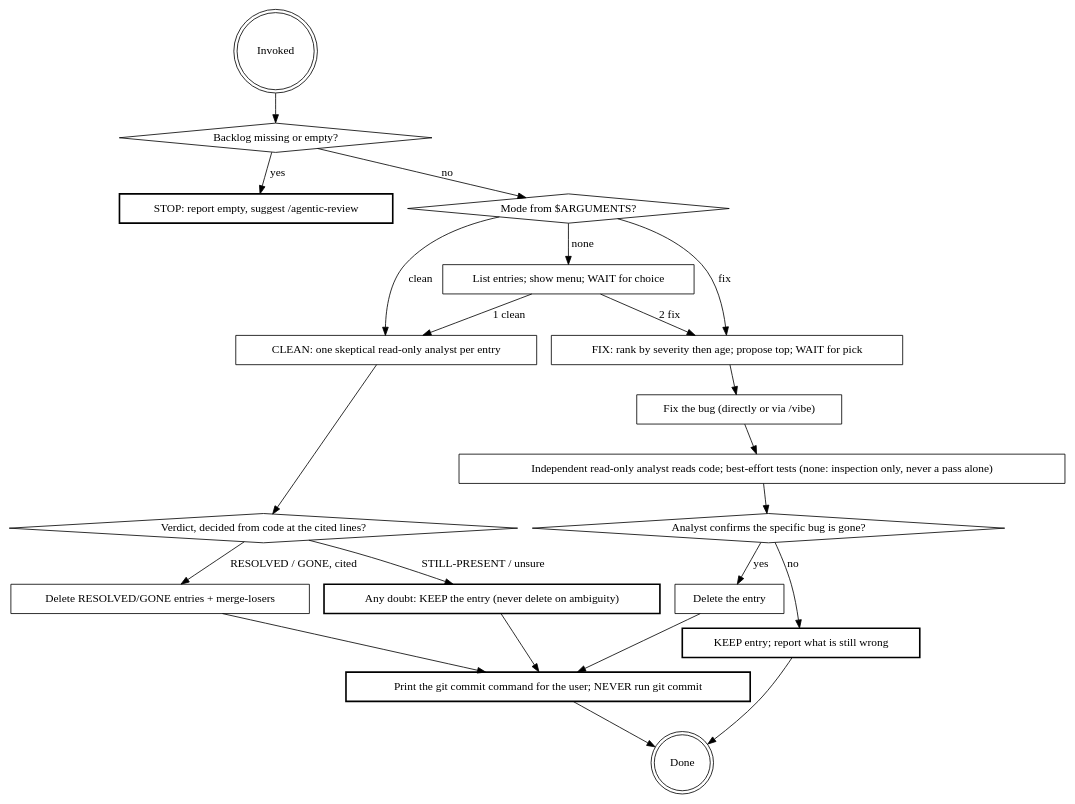
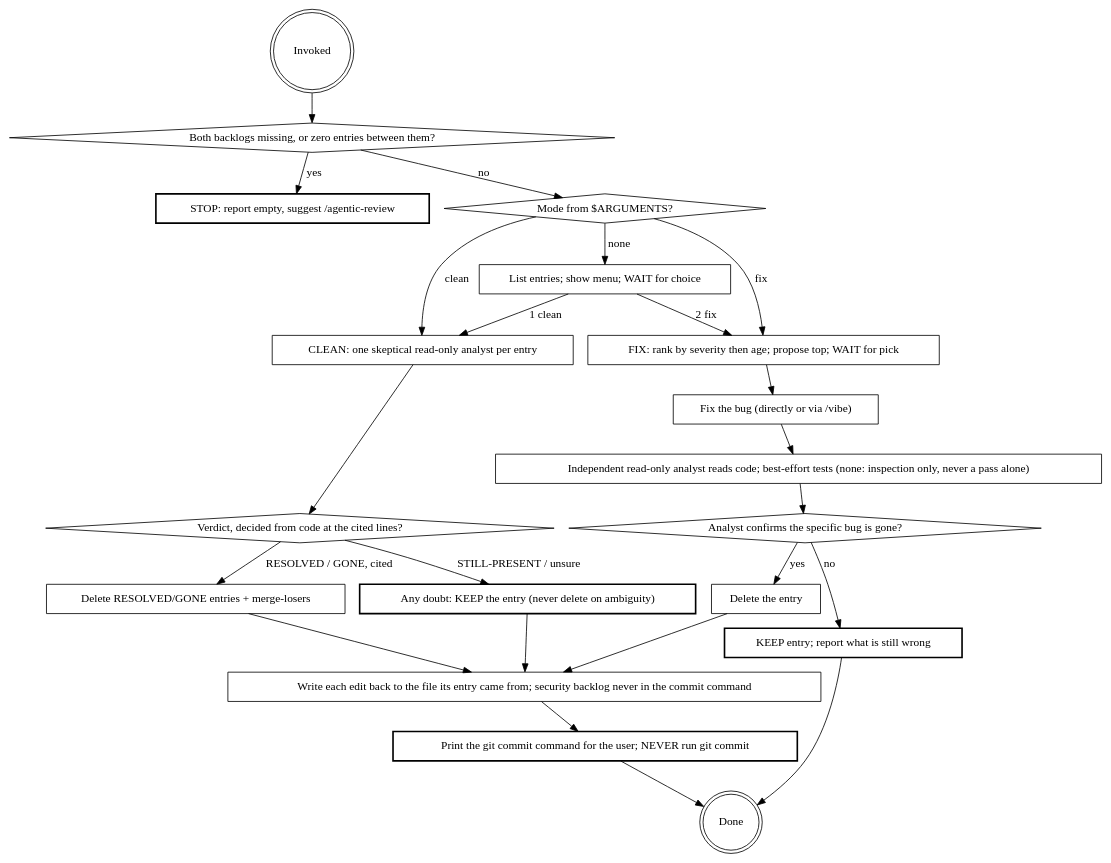
Before and after one commit to Ovid/paad: the diagram in preview/paad/skills/backlog/SKILL.md, drawn with Graphviz. The commit also changed other lines of this file, not shown here.

First line of the commit message:
backlog: read and write both backlogs, commit command covers only the committed one

````diff
--- a/preview/paad/skills/backlog/SKILL.md
+++ b/preview/paad/skills/backlog/SKILL.md
@@ -25,48 +25,50 @@
 ```dot
 digraph backlog {
   "Invoked" [shape=doublecircle];
-  "Backlog missing or empty?" [shape=diamond];
+  "Both backlogs missing, or zero entries between them?" [shape=diamond];
   "STOP: report empty, suggest /agentic-review" [shape=box, style=bold];
   "Mode from $ARGUMENTS?" [shape=diamond];
   "List entries; show menu; WAIT for choice" [shape=box];
 
   "CLEAN: one skeptical read-only analyst per entry" [shape=box];
   "Verdict, decided from code at the cited lines?" [shape=diamond];
   "Any doubt: KEEP the entry (never delete on ambiguity)" [shape=box, style=bold];
   "Delete RESOLVED/GONE entries + merge-losers" [shape=box];
 
   "FIX: rank by severity then age; propose top; WAIT for pick" [shape=box];
   "Fix the bug (directly or via /vibe)" [shape=box];
   "Independent read-only analyst reads code; best-effort tests (none: inspection only, never a pass alone)" [shape=box];
   "Analyst confirms the specific bug is gone?" [shape=diamond];
   "KEEP entry; report what is still wrong" [shape=box, style=bold];
   "Delete the entry" [shape=box];
 
+  "Write each edit back to the file its entry came from; security backlog never in the commit command" [shape=box];
   "Print the git commit command for the user; NEVER run git commit" [shape=box, style=bold];
   "Done" [shape=doublecircle];
 
-  "Invoked" -> "Backlog missing or empty?";
-  "Backlog missing or empty?" -> "STOP: report empty, suggest /agentic-review" [label="yes"];
-  "Backlog missing or empty?" -> "Mode from $ARGUMENTS?" [label="no"];
+  "Invoked" -> "Both backlogs missing, or zero entries between them?";
+  "Both backlogs missing, or zero entries between them?" -> "STOP: report empty, suggest /agentic-review" [label="yes"];
+  "Both backlogs missing, or zero entries between them?" -> "Mode from $ARGUMENTS?" [label="no"];
   "Mode from $ARGUMENTS?" -> "List entries; show menu; WAIT for choice" [label="none"];
   "Mode from $ARGUMENTS?" -> "CLEAN: one skeptical read-only analyst per entry" [label="clean"];
   "Mode from $ARGUMENTS?" -> "FIX: rank by severity then age; propose top; WAIT for pick" [label="fix"];
   "List entries; show menu; WAIT for choice" -> "CLEAN: one skeptical read-only analyst per entry" [label="1 clean"];
   "List entries; show menu; WAIT for choice" -> "FIX: rank by severity then age; propose top; WAIT for pick" [label="2 fix"];
 
   "CLEAN: one skeptical read-only analyst per entry" -> "Verdict, decided from code at the cited lines?";
   "Verdict, decided from code at the cited lines?" -> "Any doubt: KEEP the entry (never delete on ambiguity)" [label="STILL-PRESENT / unsure"];
   "Verdict, decided from code at the cited lines?" -> "Delete RESOLVED/GONE entries + merge-losers" [label="RESOLVED / GONE, cited"];
-  "Any doubt: KEEP the entry (never delete on ambiguity)" -> "Print the git commit command for the user; NEVER run git commit";
-  "Delete RESOLVED/GONE entries + merge-losers" -> "Print the git commit command for the user; NEVER run git commit";
+  "Any doubt: KEEP the entry (never delete on ambiguity)" -> "Write each edit back to the file its entry came from; security backlog never in the commit command";
+  "Delete RESOLVED/GONE entries + merge-losers" -> "Write each edit back to the file its entry came from; security backlog never in the commit command";
 
   "FIX: rank by severity then age; propose top; WAIT for pick" -> "Fix the bug (directly or via /vibe)";
   "Fix the bug (directly or via /vibe)" -> "Independent read-only analyst reads code; best-effort tests (none: inspection only, never a pass alone)";
   "Independent read-only analyst reads code; best-effort tests (none: inspection only, never a pass alone)" -> "Analyst confirms the specific bug is gone?";
   "Analyst confirms the specific bug is gone?" -> "Delete the entry" [label="yes"];
   "Analyst confirms the specific bug is gone?" -> "KEEP entry; report what is still wrong" [label="no"];
-  "Delete the entry" -> "Print the git commit command for the user; NEVER run git commit";
+  "Delete the entry" -> "Write each edit back to the file its entry came from; security backlog never in the commit command";
   "KEEP entry; report what is still wrong" -> "Done";
+  "Write each edit back to the file its entry came from; security backlog never in the commit command" -> "Print the git commit command for the user; NEVER run git commit";
   "Print the git commit command for the user; NEVER run git commit" -> "Done";
 }
 ```
````
